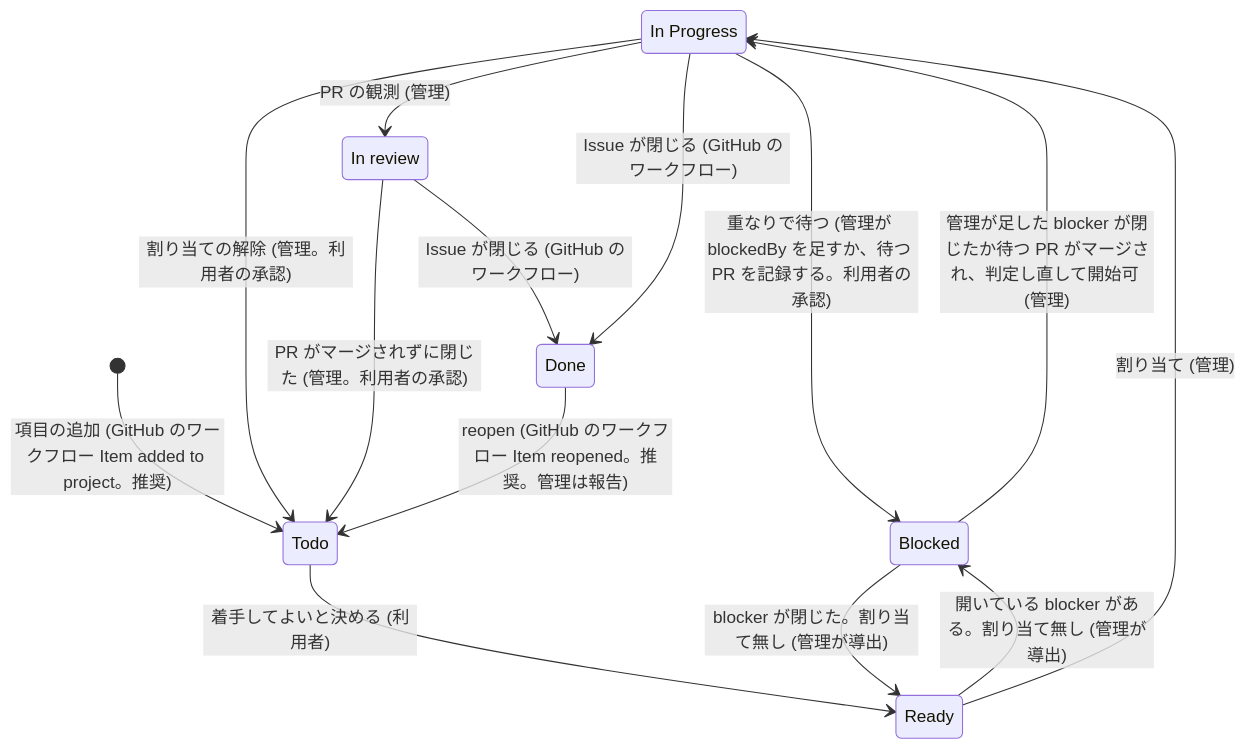
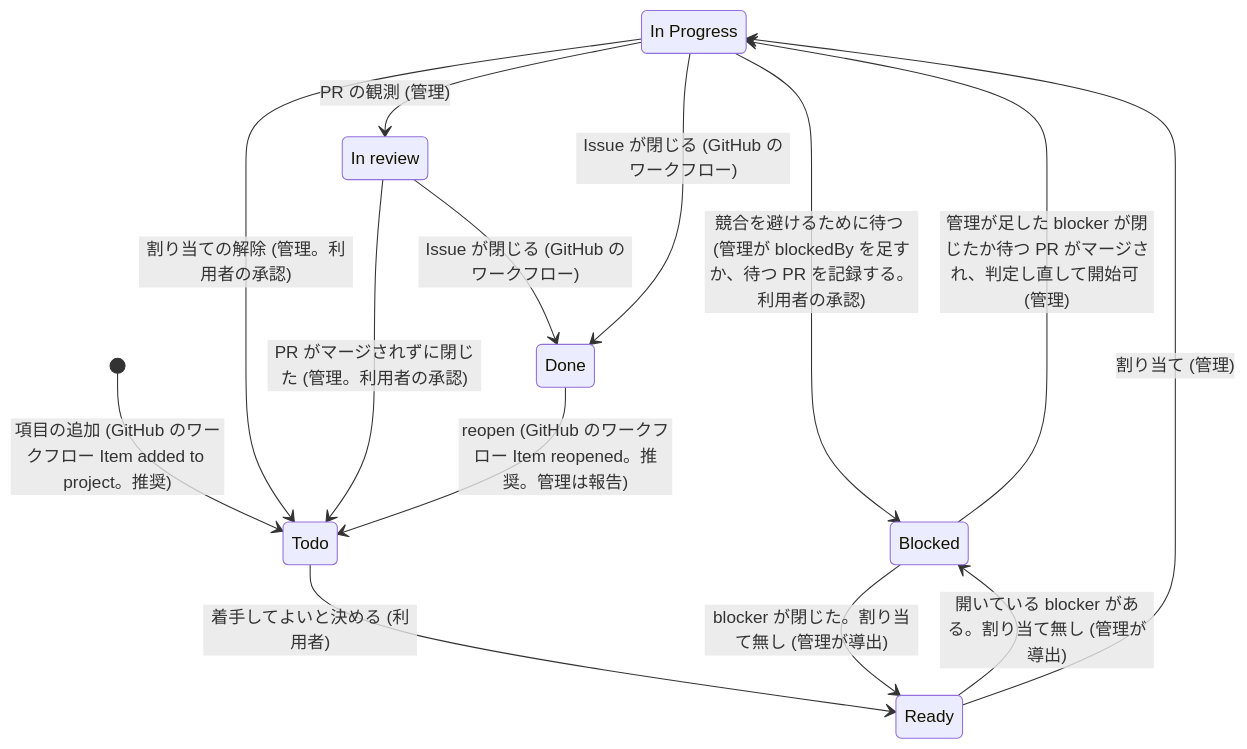
The second of 3 diagrams in docs/plans/2026-10-06-2025-feat-issue-dispatch-plan.md (akm/claude-plugins), drawn with Mermaid before and after one commit. The commit also changed other lines of this file, not shown here.

First line of the commit message:
📝 docs(plans): issue-dispatch の計画の「重なり」を、意図を表す「競合の可能性」に言い換える (#114)

````diff
--- a/docs/plans/2026-10-06-2025-feat-issue-dispatch-plan.md
+++ b/docs/plans/2026-10-06-2025-feat-issue-dispatch-plan.md
@@ -567,18 +568,18 @@
 ```mermaid
 stateDiagram-v2
   state "In Progress" as InProgress
   state "In review" as InReview
   [*] --> Todo: 項目の追加 (GitHub のワークフロー Item added to project。推奨)
   Todo --> Ready: 着手してよいと決める (利用者)
   Ready --> Blocked: 開いている blocker がある。割り当て無し (管理が導出)
   Blocked --> Ready: blocker が閉じた。割り当て無し (管理が導出)
   Ready --> InProgress: 割り当て (管理)
-  InProgress --> Blocked: 重なりで待つ (管理が blockedBy を足すか、待つ PR を記録する。利用者の承認)
+  InProgress --> Blocked: 競合を避けるために待つ (管理が blockedBy を足すか、待つ PR を記録する。利用者の承認)
   Blocked --> InProgress: 管理が足した blocker が閉じたか待つ PR がマージされ、判定し直して開始可 (管理)
   InProgress --> InReview: PR の観測 (管理)
   InReview --> Done: Issue が閉じる (GitHub のワークフロー)
   InProgress --> Done: Issue が閉じる (GitHub のワークフロー)
   InProgress --> Todo: 割り当ての解除 (管理。利用者の承認)
   InReview --> Todo: PR がマージされずに閉じた (管理。利用者の承認)
   Done --> Todo: reopen (GitHub のワークフロー Item reopened。推奨。管理は報告)
 ```
````
